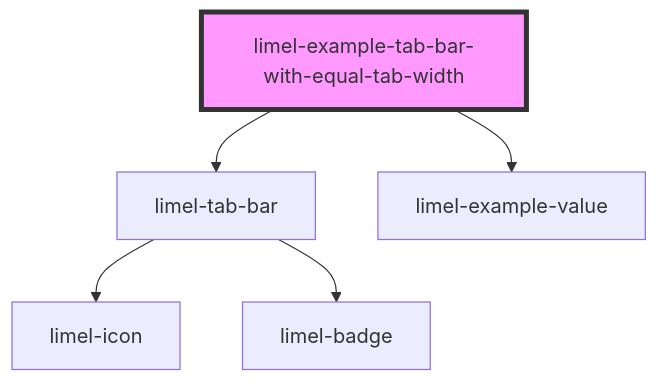
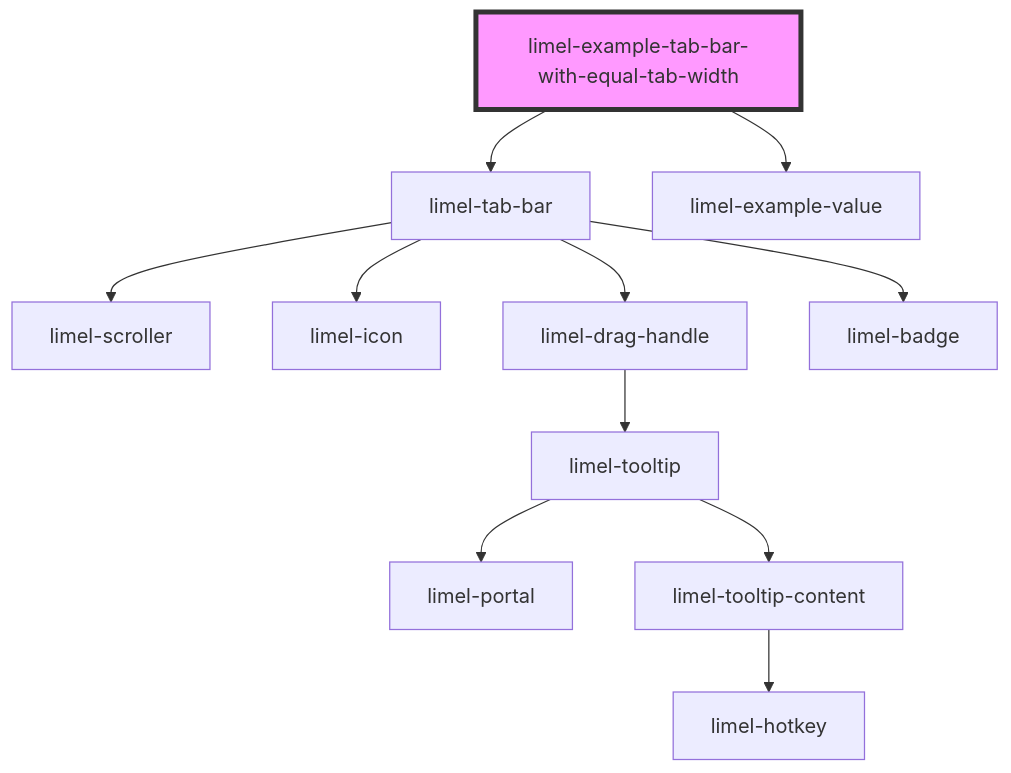
Before and after one commit to Lundalogik/lime-elements: the diagram in versions/PR-4309/markdown-docs/components/tab-bar/examples/readme.md, drawn with Mermaid. The commit also changed other lines of this file and 713 other files, not shown here.

````diff
--- a/versions/PR-4309/markdown-docs/components/tab-bar/examples/readme.md
+++ b/versions/PR-4309/markdown-docs/components/tab-bar/examples/readme.md
@@ -20,8 +25,14 @@
 ```mermaid
 graph TD;
   limel-example-tab-bar-with-equal-tab-width --> limel-tab-bar
   limel-example-tab-bar-with-equal-tab-width --> limel-example-value
+  limel-tab-bar --> limel-scroller
   limel-tab-bar --> limel-icon
+  limel-tab-bar --> limel-drag-handle
   limel-tab-bar --> limel-badge
+  limel-drag-handle --> limel-tooltip
+  limel-tooltip --> limel-portal
+  limel-tooltip --> limel-tooltip-content
+  limel-tooltip-content --> limel-hotkey
   style limel-example-tab-bar-with-equal-tab-width fill:#f9f,stroke:#333,stroke-width:4px
 ```
````
